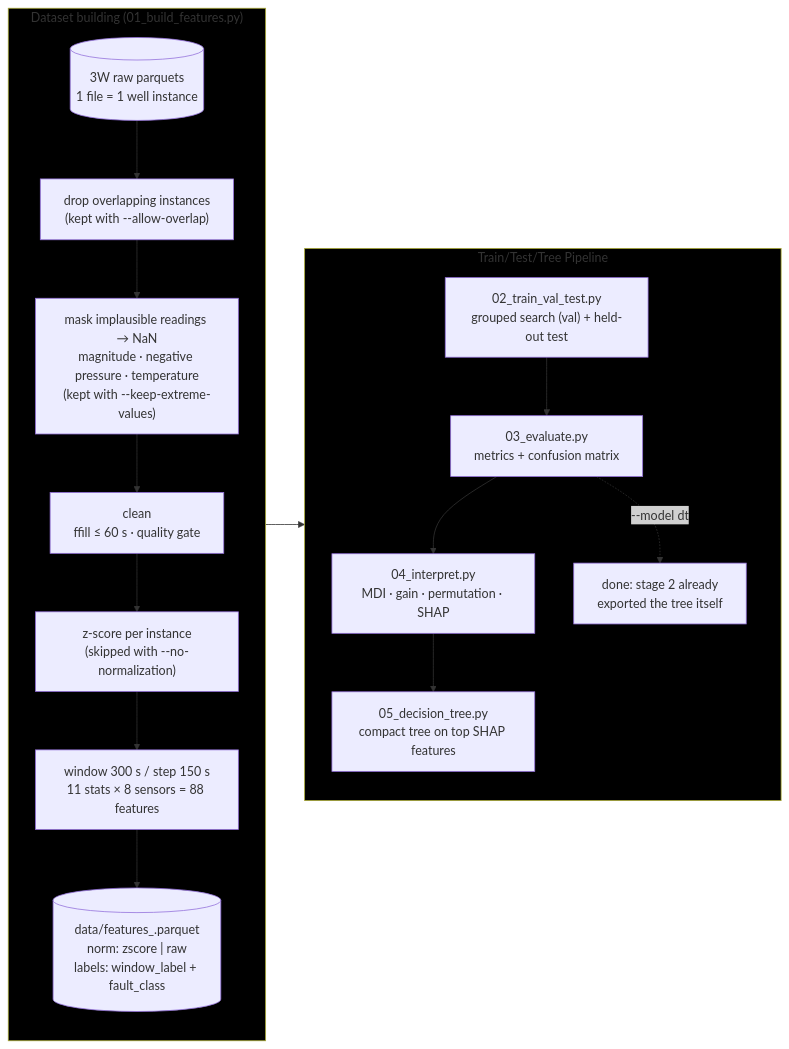
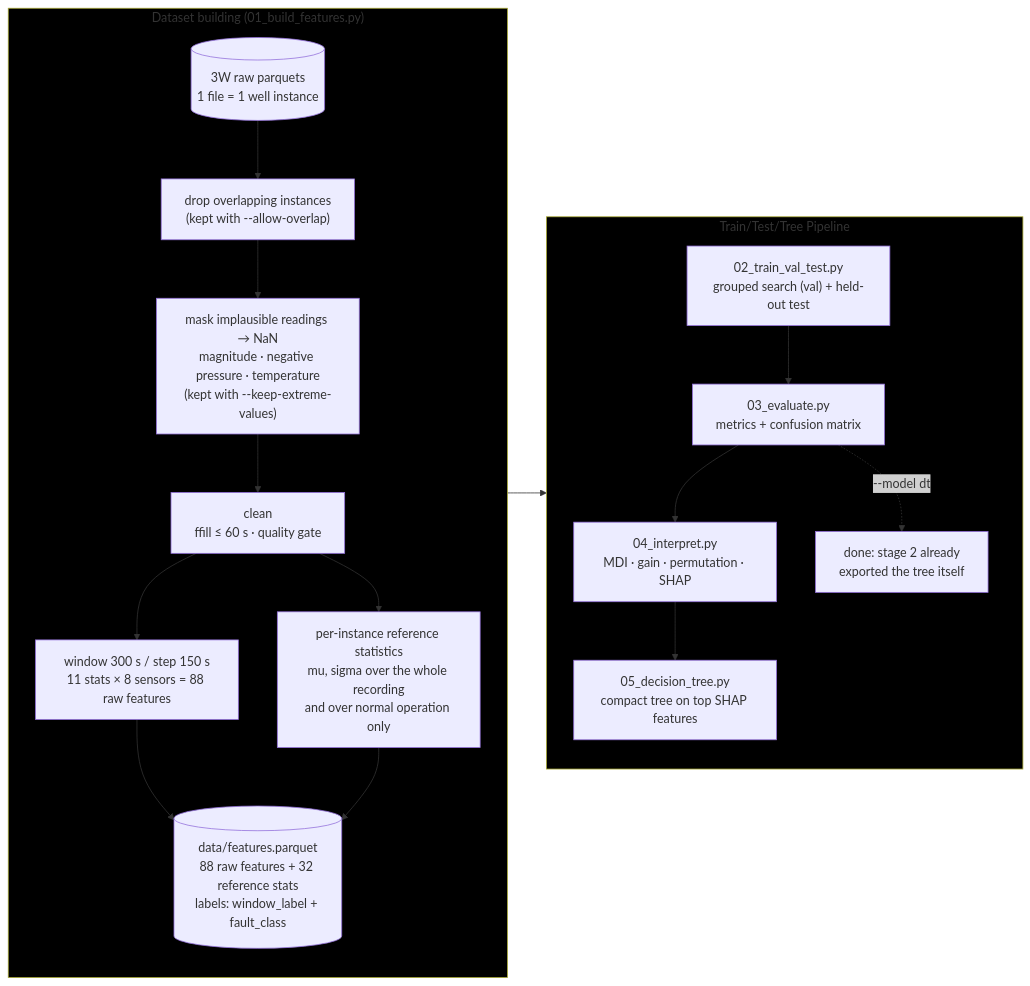
Before and after one commit to Thiago-TP/flow-assurance-ml: the first of 5 diagrams in README.md, drawn with Mermaid. The commit also changed other lines of this file and 17 other files, not shown here.

````diff
--- a/README.md
+++ b/README.md
@@ -9,26 +9,27 @@
 ```mermaid
 flowchart LR
 
   subgraph S1["Dataset building (01_build_features.py)"]
     direction TB
     A[("3W raw parquets<br/>1 file = 1 well instance")] --> A2["drop overlapping instances<br/>(kept with --allow-overlap)"]
     A2 --> A3["mask implausible readings → NaN<br/>magnitude · negative pressure · temperature<br/>(kept with --keep-extreme-values)"]
     A3 --> B["clean<br/>ffill ≤ 60 s · quality gate"]
-    B --> C["z-score per instance<br/>(skipped with --no-normalization)"]
-    C --> D["window 300 s / step 150 s<br/>11 stats × 8 sensors = 88 features"]
-    D --> E[("data/features_<norm>.parquet<br/>norm: zscore | raw<br/>labels: window_label + fault_class")]
+    B --> D["window 300 s / step 150 s<br/>11 stats × 8 sensors = 88 raw features"]
+    B --> C["per-instance reference statistics<br/>mu, sigma over the whole recording<br/>and over normal operation only"]
+    D --> E[("data/features.parquet<br/>88 raw features + 32 reference stats<br/>labels: window_label + fault_class")]
+    C --> E
   end
 
   subgraph S2["Train/Test/Tree Pipeline"]
     direction TB
     F["02_train_val_test.py<br/>grouped search (val) + held-out test"] --> G["03_evaluate.py<br/>metrics + confusion matrix"]
     G --> H["04_interpret.py<br/>MDI · gain · permutation · SHAP"]
     H --> I["05_decision_tree.py<br/>compact tree on top SHAP features"]
     G -. "--model dt" .-> J["done: stage 2 already<br/>exported the tree itself"]
   end
 
   S1 --> S2
 
   style S1 fill:#000000
   style S2 fill:#000000
 ```
````
